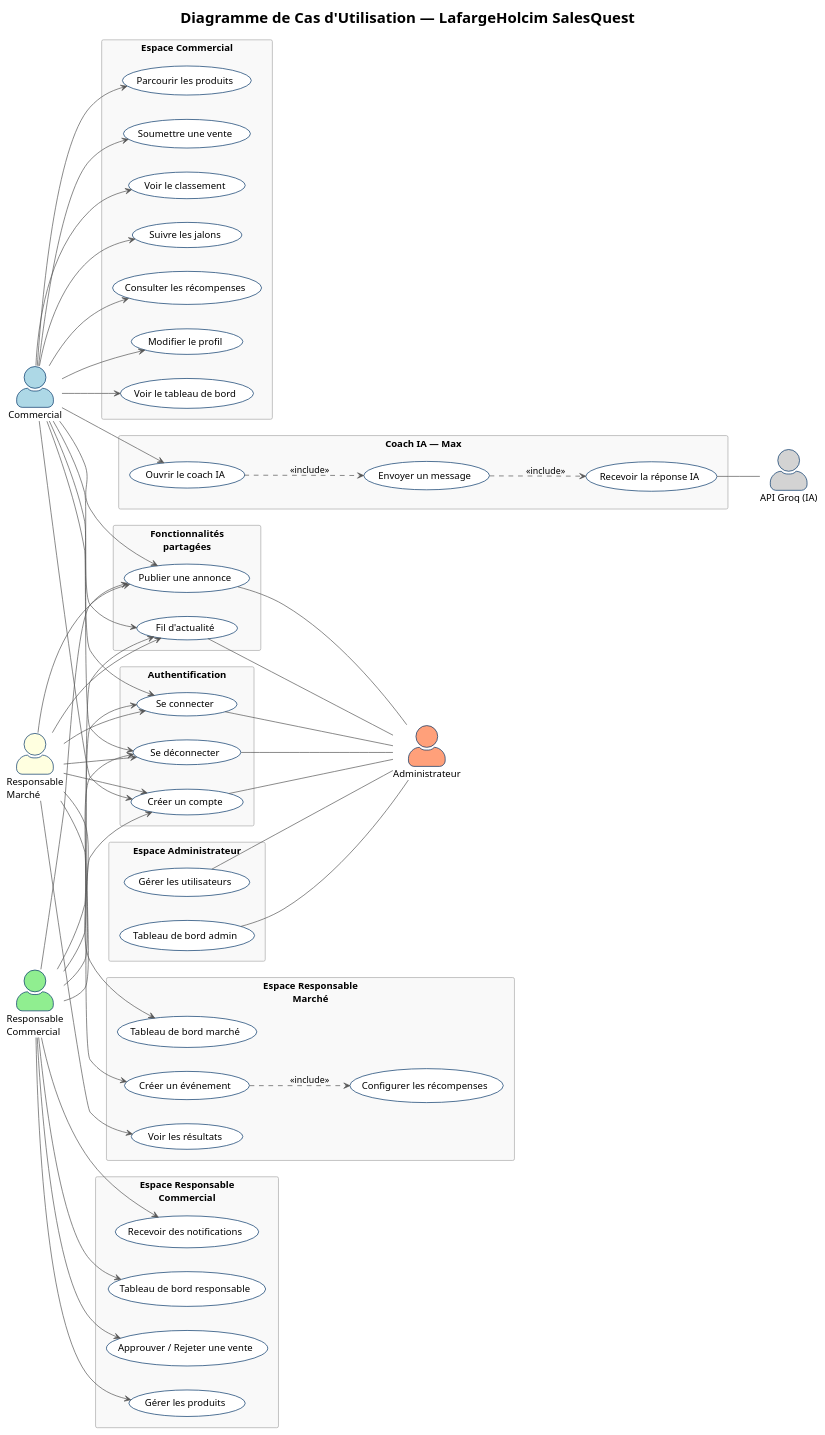
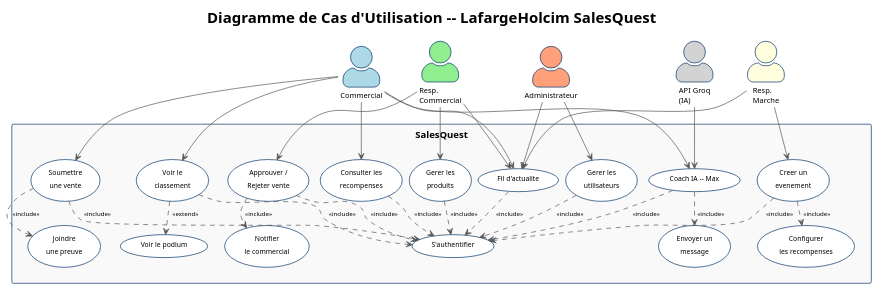
One commit to sadow2003/LafargeHolcim_sales_game changed the diagram in docs/use_case_diagram.puml. Above: the diagram before and after it, drawn with PlantUML. The commit also changed 26 other files, not shown here.

```diff
--- a/docs/use_case_diagram.puml
+++ b/docs/use_case_diagram.puml
@@ -1,128 +1,97 @@
 @startuml LafargeHolcim_SalesQuest_UseCases
 !theme plain
+top to bottom direction
+
 skinparam ActorStyle awesome
-skinparam packageStyle rectangle
-skinparam ArrowColor #555555
 skinparam ActorBorderColor #003366
-skinparam ActorBackgroundColor #E8F0FE
+skinparam ActorFontSize 11
 skinparam UsecaseBorderColor #003366
 skinparam UsecaseBackgroundColor #FFFFFF
-skinparam PackageBorderColor #AAAAAA
-skinparam PackageBackgroundColor #F9F9F9
-left to right direction
+skinparam UsecaseFontSize 10
+skinparam ArrowColor #555555
+skinparam ArrowFontSize 9
+skinparam rectangleBorderColor #003366
+skinparam rectangleBackgroundColor #F9F9F9
+skinparam padding 3
+skinparam nodesep 10
+skinparam ranksep 16
 
-title Diagramme de Cas d'Utilisation — LafargeHolcim SalesQuest
+title Diagramme de Cas d'Utilisation -- LafargeHolcim SalesQuest
 
-' ═══ ACTEUR GAUCHE (seul) ═══
+' ══ ACTEURS ══
+actor "Commercial"        as SP   #LightBlue
+actor "Resp.\nCommercial" as SM   #LightGreen
+actor "Resp.\nMarche"     as MM   #LightYellow
+actor "Administrateur"    as AD   #LightSalmon
+actor "API Groq\n(IA)"    as GROQ #LightGray
 
-actor "Commercial" as SP #LightBlue
+rectangle "SalesQuest" {
 
-' ══════════════════════════════════════
-package "Authentification" {
-  usecase "Créer un compte"  as UC_REG
-  usecase "Se connecter"     as UC_LOG
-  usecase "Se déconnecter"   as UC_OUT
+  ' UC_AUTH au sommet : point d entree commun
+  usecase "S'authentifier" as UC_AUTH
+
+  ' -- blocs principaux --
+  together {
+    usecase "Soumettre\nune vente" as UC_SALE
+    usecase "Joindre\nune preuve"  as UC_IMG
+  }
+  together {
+    usecase "Voir le\nclassement" as UC_LDR
+    usecase "Voir le podium"      as UC_POD
+  }
+  usecase "Consulter les\nrecompenses" as UC_REWD
+  together {
+    usecase "Coach IA -- Max"     as UC_AI
+    usecase "Envoyer un\nmessage" as UC_MSG
+  }
+  together {
+    usecase "Approuver /\nRejeter vente" as UC_APP
+    usecase "Notifier\nle commercial"    as UC_NOTIF
+  }
+  usecase "Gerer les\nproduits"     as UC_PROD
+  together {
+    usecase "Creer un\nevenement"         as UC_EVT
+    usecase "Configurer\nles recompenses" as UC_CONF
+  }
+  usecase "Fil d'actualite"       as UC_BC
+  usecase "Gerer les\nutilisateurs" as UC_USR
 }
 
-package "Espace Commercial" {
-  usecase "Voir le tableau de bord"    as UC_DASH
-  usecase "Parcourir les produits"     as UC_PROD
-  usecase "Soumettre une vente"        as UC_SALE
-  usecase "Voir le classement"         as UC_LDR
-  usecase "Suivre les jalons"          as UC_MILE
-  usecase "Consulter les récompenses"  as UC_REWD
-  usecase "Modifier le profil"         as UC_PROF
-}
+' ══ INCLUDE S'AUTHENTIFIER (tous sauf Groq) ══
+UC_SALE ..> UC_AUTH : <<include>>
+UC_LDR  ..> UC_AUTH : <<include>>
+UC_REWD ..> UC_AUTH : <<include>>
+UC_AI   ..> UC_AUTH : <<include>>
+UC_APP  ..> UC_AUTH : <<include>>
+UC_PROD ..> UC_AUTH : <<include>>
+UC_EVT  ..> UC_AUTH : <<include>>
+UC_BC   ..> UC_AUTH : <<include>>
+UC_USR  ..> UC_AUTH : <<include>>
 
-package "Espace Responsable\nCommercial" {
-  usecase "Tableau de bord responsable"  as UC_MDASH
-  usecase "Approuver / Rejeter une vente" as UC_APP
-  usecase "Gérer les produits"           as UC_PROD2
-  usecase "Recevoir des notifications"   as UC_NOTIF
-}
+' ══ INCLUDE / EXTEND locaux (sub-cas) ══
+UC_SALE ..> UC_IMG   : <<include>>
+UC_LDR  ..> UC_POD   : <<extend>>
+UC_AI   ..> UC_MSG   : <<include>>
+UC_EVT  ..> UC_CONF  : <<include>>
+UC_APP  ..> UC_NOTIF : <<include>>
 
-package "Espace Responsable\nMarché" {
-  usecase "Tableau de bord marché"      as UC_MMDASH
-  usecase "Créer un événement"          as UC_CREV
-  usecase "Configurer les récompenses"  as UC_CREWD
-  usecase "Voir les résultats"          as UC_ERESLT
-}
-
-UC_CREV ..> UC_CREWD : <<include>>
-
-package "Espace Administrateur" {
-  usecase "Tableau de bord admin"   as UC_ADASH
-  usecase "Gérer les utilisateurs"  as UC_UMGMT
-}
-
-package "Fonctionnalités\npartagées" {
-  usecase "Fil d'actualité"    as UC_BFEED
-  usecase "Publier une annonce" as UC_BPOST
-}
-
-package "Coach IA — Max" {
-  usecase "Ouvrir le coach IA"       as UC_AI_OPEN
-  usecase "Envoyer un message"       as UC_AI_SEND
-  usecase "Recevoir la réponse IA"   as UC_AI_REPLY
-}
-
-UC_AI_OPEN ..> UC_AI_SEND  : <<include>>
-UC_AI_SEND ..> UC_AI_REPLY : <<include>>
-
-' ═══ ACTEURS DROITE ═══
-actor "Responsable\nCommercial"  as SM   #LightGreen
-actor "Responsable\nMarché"     as MM   #LightYellow
-actor "Administrateur"          as AD   #LightSalmon
-actor "API Groq (IA)"           as GROQ #LightGray
-
-' ─── LIENS ───
-
-SP --> UC_REG
-SP --> UC_LOG
-SP --> UC_OUT
-
-SM --> UC_REG
-SM --> UC_LOG
-SM --> UC_OUT
-
-MM --> UC_REG
-MM --> UC_LOG
-MM --> UC_OUT
-
-UC_REG -- AD
-UC_LOG -- AD
-UC_OUT -- AD 
-
-SP --> UC_DASH
-SP --> UC_PROD
+' ══ LIENS ACTEURS ══
 SP --> UC_SALE
 SP --> UC_LDR
-SP --> UC_MILE
 SP --> UC_REWD
-SP --> UC_PROF
-SP --> UC_AI_OPEN
+SP --> UC_AI
+SP --> UC_BC
 
-SM --> UC_MDASH
 SM --> UC_APP
-SM --> UC_PROD2
-SM --> UC_NOTIF
+SM --> UC_PROD
+SM --> UC_BC
 
-MM --> UC_MMDASH
-MM --> UC_CREV
-MM --> UC_ERESLT
+MM --> UC_EVT
+MM --> UC_BC
 
-UC_ADASH -- AD
-UC_UMGMT -- AD
+AD --> UC_USR
+AD --> UC_BC
 
-SP --> UC_BFEED
-SP --> UC_BPOST
-SM --> UC_BFEED
-SM --> UC_BPOST
-MM --> UC_BFEED
-MM --> UC_BPOST
-UC_BFEED -- AD
-UC_BPOST-- AD 
-
-UC_AI_REPLY -- GROQ
+GROQ --> UC_AI
 
 @enduml
```
